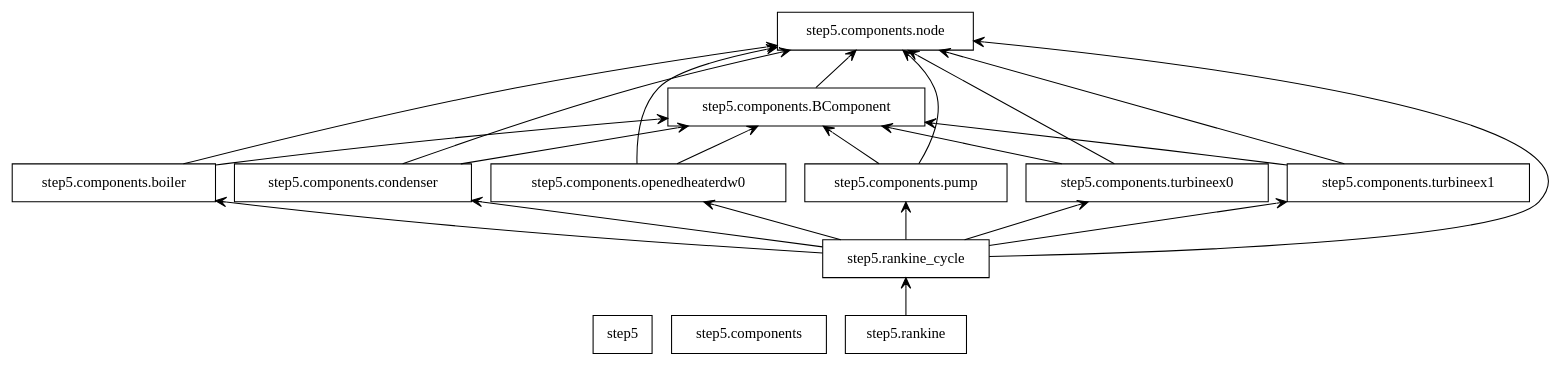
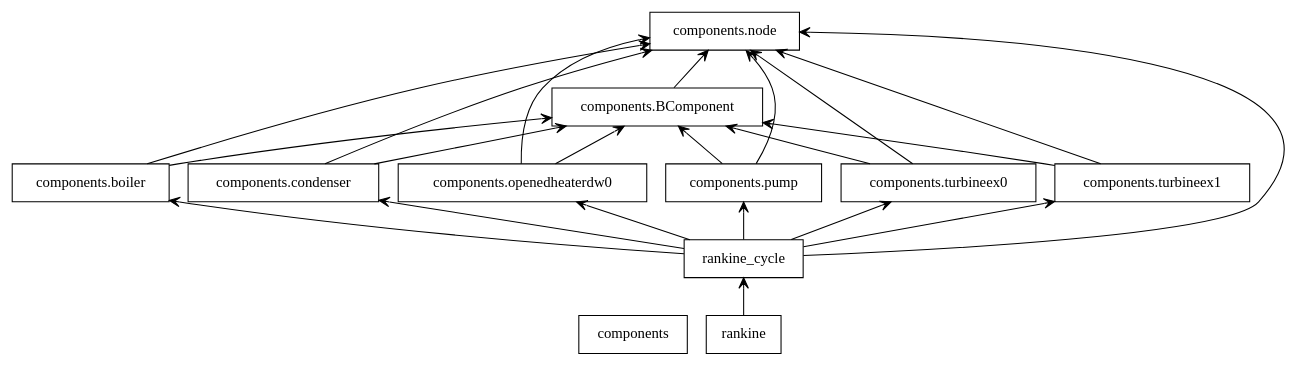
The diagram in step5/uml/packages.dot (thermalogic/PyRankine), drawn with Graphviz before and after one commit. The commit also changed 1 other file, not shown here.

Commit message:
update fig

```diff
--- a/step5/uml/packages.dot
+++ b/step5/uml/packages.dot
@@ -1,37 +1,36 @@
 digraph "packages" {
 charset="utf-8"
 rankdir=BT
-"0" [label="step5", shape="box"];
-"1" [label="step5.components", shape="box"];
-"2" [label="step5.components.BComponent", shape="box"];
-"3" [label="step5.components.boiler", shape="box"];
-"4" [label="step5.components.condenser", shape="box"];
-"5" [label="step5.components.node", shape="box"];
-"6" [label="step5.components.openedheaterdw0", shape="box"];
-"7" [label="step5.components.pump", shape="box"];
-"8" [label="step5.components.turbineex0", shape="box"];
-"9" [label="step5.components.turbineex1", shape="box"];
-"10" [label="step5.rankine", shape="box"];
-"11" [label="step5.rankine_cycle", shape="box"];
+"1" [label="components", shape="box"];
+"2" [label="components.BComponent", shape="box"];
+"3" [label="components.boiler", shape="box"];
+"4" [label="components.condenser", shape="box"];
+"5" [label="components.node", shape="box"];
+"6" [label="components.openedheaterdw0", shape="box"];
+"7" [label="components.pump", shape="box"];
+"8" [label="components.turbineex0", shape="box"];
+"9" [label="components.turbineex1", shape="box"];
+"10" [label="rankine", shape="box"];
+"11" [label="rankine_cycle", shape="box"];
 "2" -> "5" [arrowhead="open", arrowtail="none"];
 "3" -> "2" [arrowhead="open", arrowtail="none"];
 "3" -> "5" [arrowhead="open", arrowtail="none"];
 "4" -> "2" [arrowhead="open", arrowtail="none"];
 "4" -> "5" [arrowhead="open", arrowtail="none"];
 "6" -> "2" [arrowhead="open", arrowtail="none"];
 "6" -> "5" [arrowhead="open", arrowtail="none"];
 "7" -> "2" [arrowhead="open", arrowtail="none"];
 "7" -> "5" [arrowhead="open", arrowtail="none"];
 "8" -> "2" [arrowhead="open", arrowtail="none"];
 "8" -> "5" [arrowhead="open", arrowtail="none"];
 "9" -> "2" [arrowhead="open", arrowtail="none"];
 "9" -> "5" [arrowhead="open", arrowtail="none"];
 "10" -> "11" [arrowhead="open", arrowtail="none"];
 "11" -> "3" [arrowhead="open", arrowtail="none"];
 "11" -> "4" [arrowhead="open", arrowtail="none"];
 "11" -> "5" [arrowhead="open", arrowtail="none"];
 "11" -> "6" [arrowhead="open", arrowtail="none"];
 "11" -> "7" [arrowhead="open", arrowtail="none"];
 "11" -> "8" [arrowhead="open", arrowtail="none"];
 "11" -> "9" [arrowhead="open", arrowtail="none"];
 }
```
